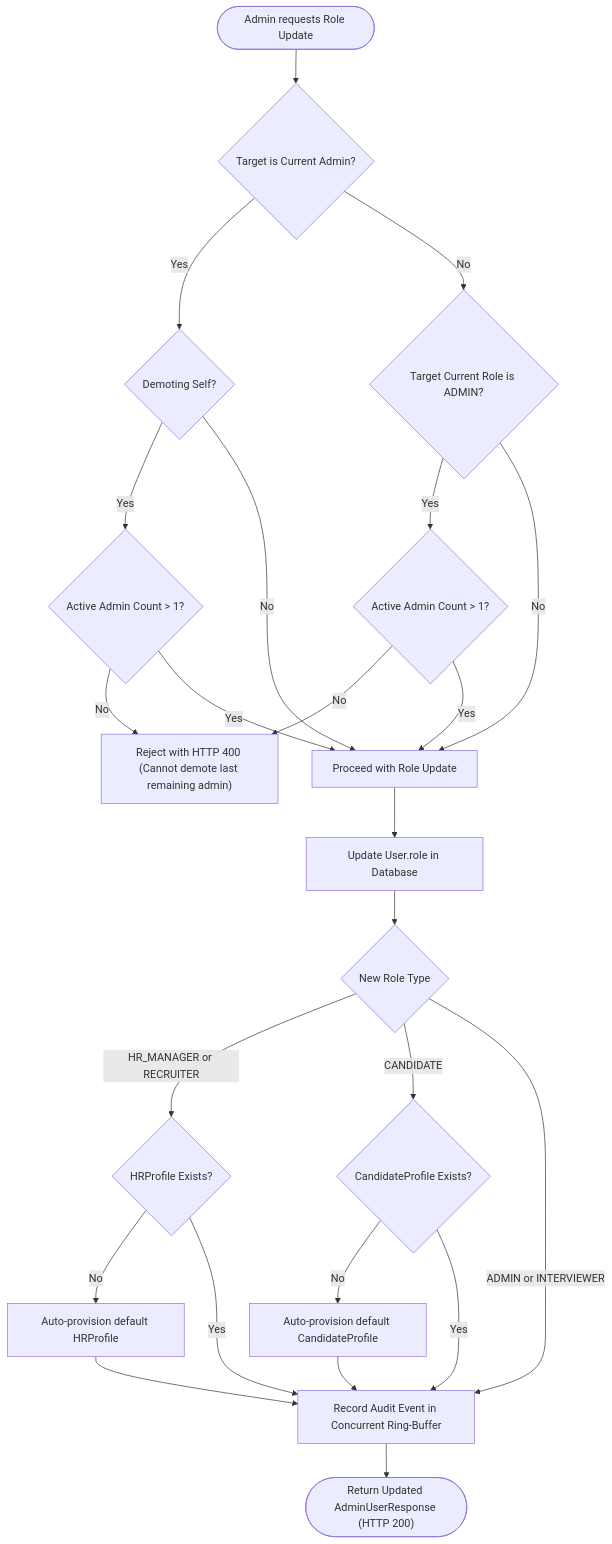
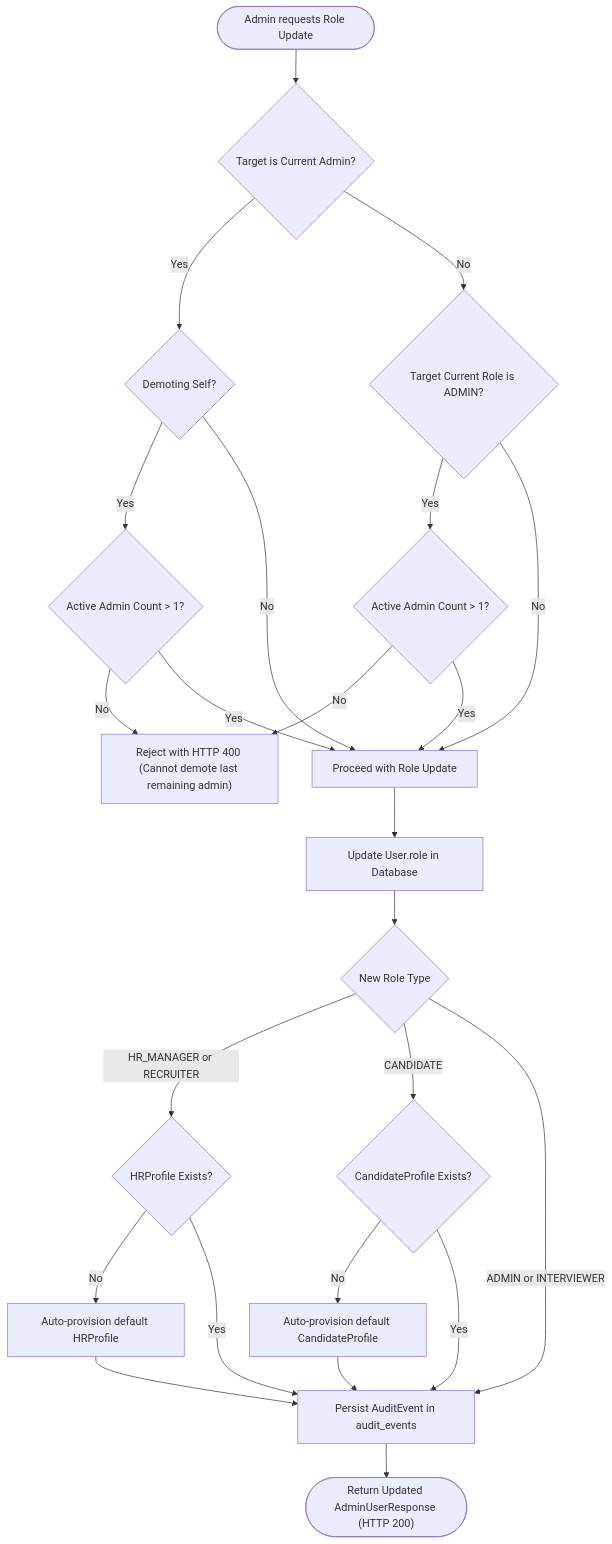
The fourth of 4 diagrams in docs/architecture/ADMIN_PORTAL.md (Krishna-Goel2002/RecruitPro), drawn with Mermaid before and after one commit. The commit also changed other lines of this file and 615 other files, not shown here.

````diff
--- a/docs/architecture/ADMIN_PORTAL.md
+++ b/docs/architecture/ADMIN_PORTAL.md
@@ -223,33 +225,33 @@
 ```mermaid
 flowchart TD
     Start(["Admin requests Role Update"]) --> CheckSelf{"Target is Current Admin?"}
 
     CheckSelf -- Yes --> DemoteSelf{"Demoting Self?"}
     DemoteSelf -- Yes --> CountAdmins{"Active Admin Count > 1?"}
     CountAdmins -- No --> RejectDemote["Reject with HTTP 400 (Cannot demote last remaining admin)"]
     CountAdmins -- Yes --> ProceedUpdate["Proceed with Role Update"]
     DemoteSelf -- No --> ProceedUpdate
     CheckSelf -- No --> CheckTargetRole{"Target Current Role is ADMIN?"}
 
     CheckTargetRole -- Yes --> CheckTotalAdmins{"Active Admin Count > 1?"}
     CheckTotalAdmins -- No --> RejectDemote
     CheckTotalAdmins -- Yes --> ProceedUpdate
     CheckTargetRole -- No --> ProceedUpdate
 
     ProceedUpdate --> ApplyRole["Update User.role in Database"]
     ApplyRole --> RoleType{"New Role Type"}
 
     RoleType -- "HR_MANAGER or RECRUITER" --> CheckHRProfile{"HRProfile Exists?"}
     CheckHRProfile -- No --> CreateHR["Auto-provision default HRProfile"]
     CheckHRProfile -- Yes --> Audit
     CreateHR --> Audit
 
     RoleType -- "CANDIDATE" --> CheckCandProfile{"CandidateProfile Exists?"}
     CheckCandProfile -- No --> CreateCand["Auto-provision default CandidateProfile"]
     CheckCandProfile -- Yes --> Audit
     CreateCand --> Audit
 
     RoleType -- "ADMIN or INTERVIEWER" --> Audit
 
-    Audit["Record Audit Event in Concurrent Ring-Buffer"] --> Done(["Return Updated AdminUserResponse (HTTP 200)"])
+    Audit["Persist AuditEvent in audit_events"] --> Done(["Return Updated AdminUserResponse (HTTP 200)"])
 ```
````
